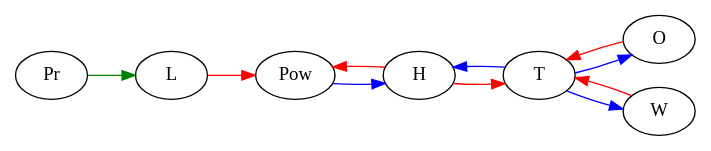
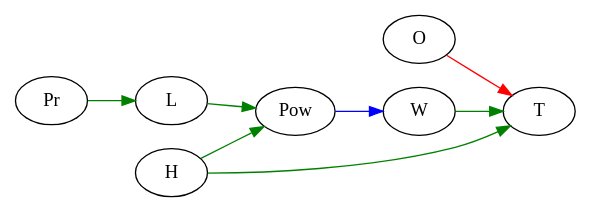
Before and after one commit to smarianimore/multiagent_algorithm: the diagram in tmp/Digraph.gv, drawn with Graphviz. The commit also changed 17 other files, not shown here.

```diff
--- a/tmp/Digraph.gv
+++ b/tmp/Digraph.gv
@@ -1,16 +1,13 @@
 digraph {
 	graph [rankdir=LR]
 	edge [color=blue]
-	Pow -> H
-	T -> O
-	T -> W
-	T -> H
+	Pow -> W
 	edge [color=red]
+	O -> T
+	edge [color=green]
+	Pr -> L
 	L -> Pow
+	W -> T
 	H -> Pow
 	H -> T
-	O -> T
-	W -> T
-	edge [color=green]
-	Pr -> L
 }
```
